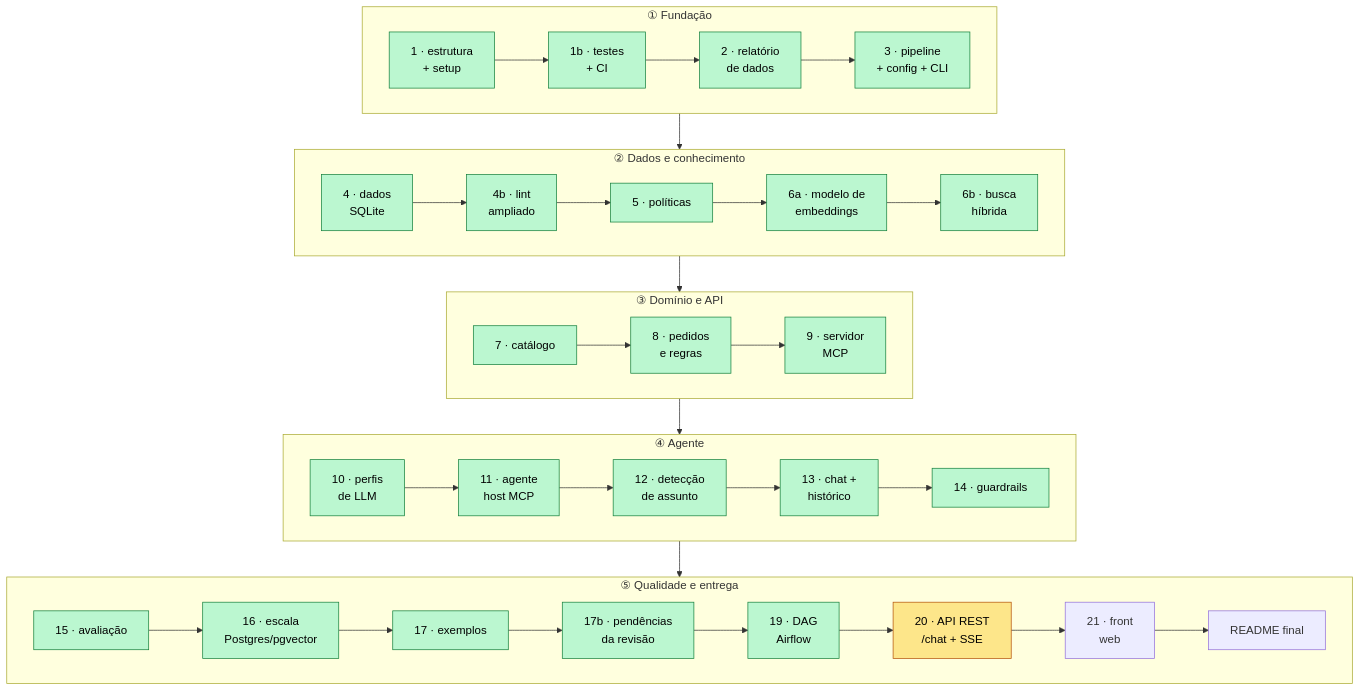
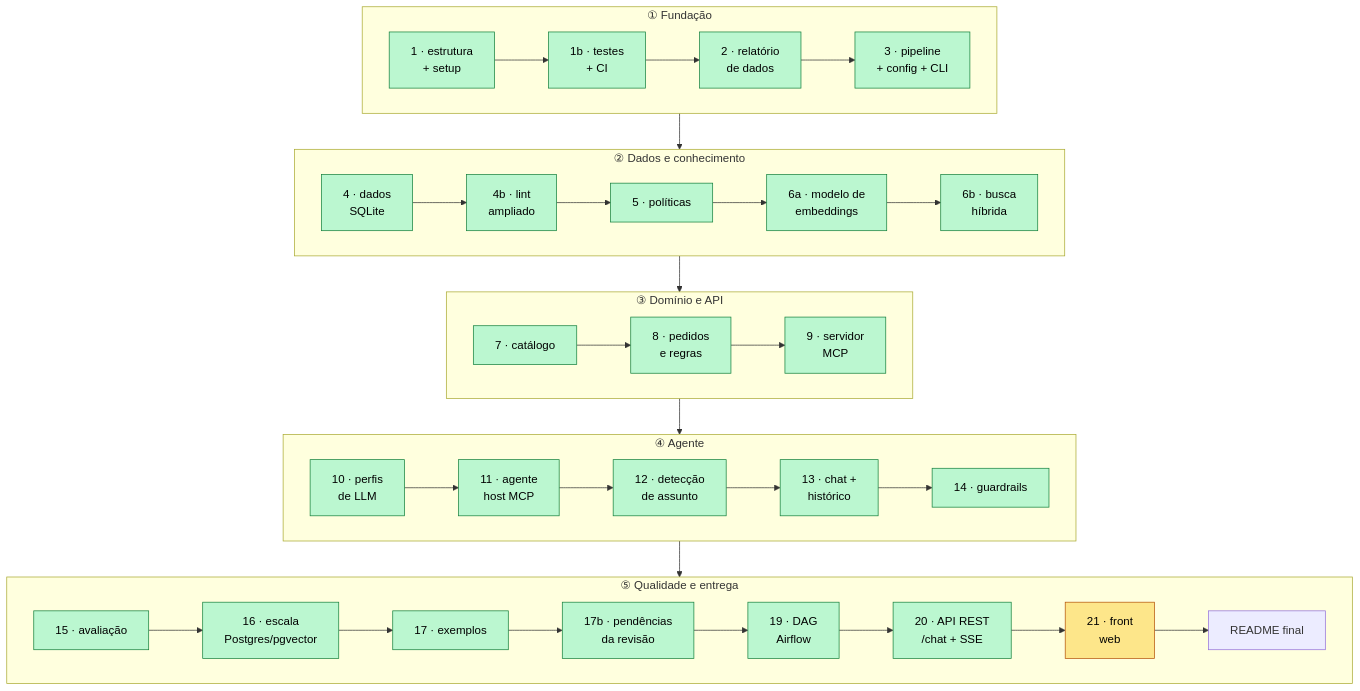
Diagram 23 of 23 in README.md (RonildoSilva/ai-engineer-challenge), drawn with Mermaid before and after one commit. The commit also changed other lines of this file and 9 other files, not shown here.

First line of the commit message:
feat(api): endpoint REST /chat com streaming SSE sobre o agente

````diff
--- a/README.md
+++ b/README.md
@@ -1049,26 +1106,26 @@
 ```mermaid
 flowchart TD
     subgraph F1["① Fundação"]
         direction LR
         C1["1 · estrutura<br/>+ setup"]:::done --> C1b["1b · testes<br/>+ CI"]:::done --> C2["2 · relatório<br/>de dados"]:::done --> C3["3 · pipeline<br/>+ config + CLI"]:::done
     end
     subgraph F2["② Dados e conhecimento"]
         direction LR
         C4["4 · dados<br/>SQLite"]:::done --> C4b["4b · lint<br/>ampliado"]:::done --> C5["5 · políticas"]:::done --> C6a["6a · modelo de<br/>embeddings"]:::done --> C6b["6b · busca<br/>híbrida"]:::done
     end
     subgraph F3["③ Domínio e API"]
         direction LR
         C7["7 · catálogo"]:::done --> C8["8 · pedidos<br/>e regras"]:::done --> C9["9 · servidor<br/>MCP"]:::done
     end
     subgraph F4["④ Agente"]
         direction LR
         C10["10 · perfis<br/>de LLM"]:::done --> C11["11 · agente<br/>host MCP"]:::done --> C12["12 · detecção<br/>de assunto"]:::done --> C13["13 · chat +<br/>histórico"]:::done --> C14["14 · guardrails"]:::done
     end
     subgraph F5["⑤ Qualidade e entrega"]
         direction LR
-        C15["15 · avaliação"]:::done --> C16["16 · escala<br/>Postgres/pgvector"]:::done --> C17["17 · exemplos"]:::done --> C17b["17b · pendências<br/>da revisão"]:::done --> C19["19 · DAG<br/>Airflow"]:::done --> C20["20 · API REST<br/>/chat + SSE"]:::next --> C21["21 · front<br/>web"] --> C18["README final"]
+        C15["15 · avaliação"]:::done --> C16["16 · escala<br/>Postgres/pgvector"]:::done --> C17["17 · exemplos"]:::done --> C17b["17b · pendências<br/>da revisão"]:::done --> C19["19 · DAG<br/>Airflow"]:::done --> C20["20 · API REST<br/>/chat + SSE"]:::done --> C21["21 · front<br/>web"]:::next --> C18["README final"]
     end
     F1 --> F2 --> F3 --> F4 --> F5
     classDef next fill:#fde68a,stroke:#b45309,color:#000
     classDef done fill:#bbf7d0,stroke:#15803d,color:#000
 ```
````
